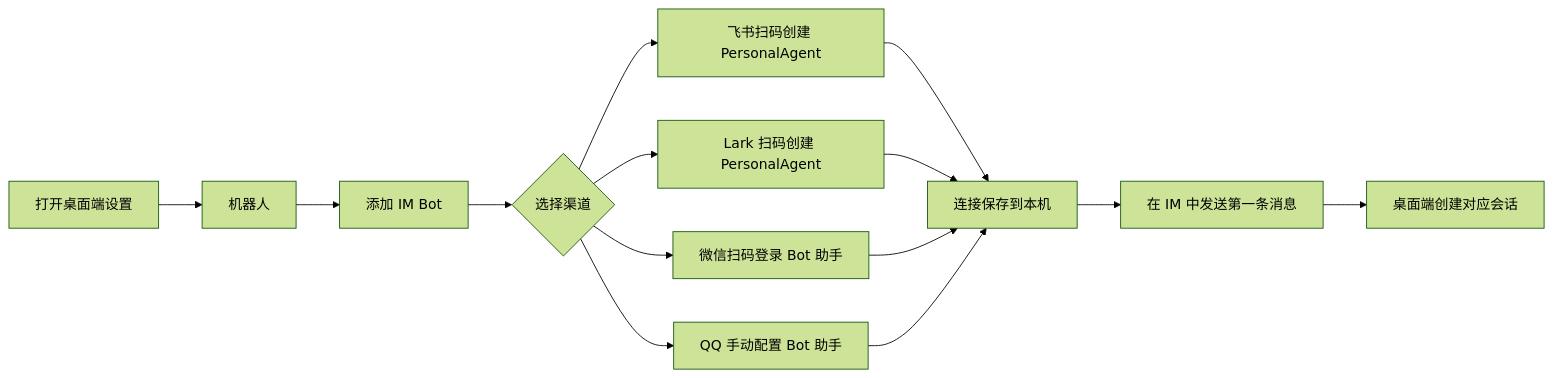
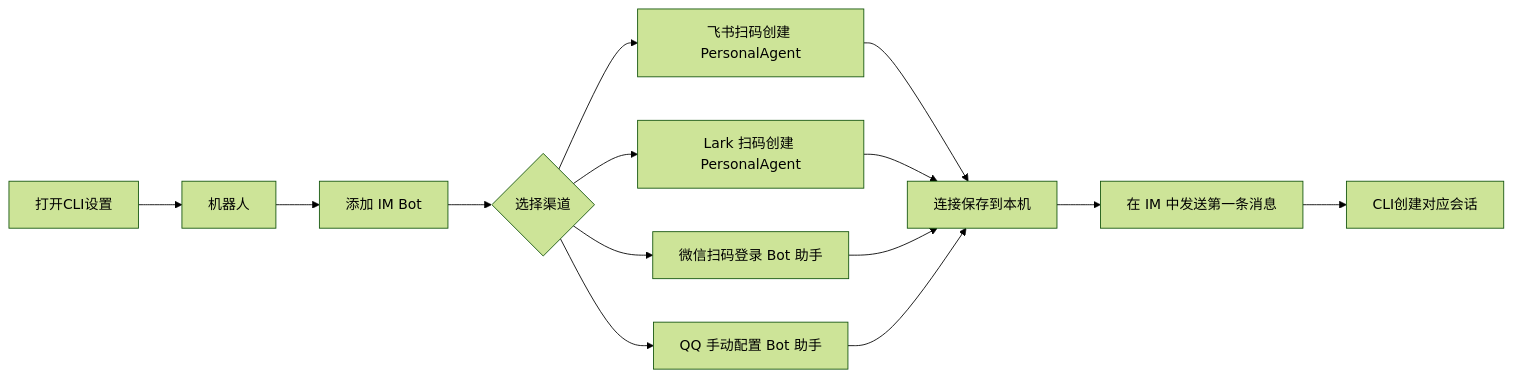
Before and after one commit to zylzyqzz/Vcode: the first of 3 diagrams in docs/BOT_GUIDE.zh-CN.md, drawn with Mermaid (forest theme). The commit also changed other lines of this file and 598 other files, not shown here.

````diff
--- a/docs/BOT_GUIDE.zh-CN.md
+++ b/docs/BOT_GUIDE.zh-CN.md
@@ -62,16 +62,16 @@
 ```mermaid
 flowchart LR
-  A["打开桌面端设置"] --> B["机器人"]
+  A["打开CLI设置"] --> B["机器人"]
   B --> C["添加 IM Bot"]
   C --> D{"选择渠道"}
   D --> E["飞书扫码创建 PersonalAgent"]
   D --> F["Lark 扫码创建 PersonalAgent"]
   D --> G["微信扫码登录 Bot 助手"]
   D --> H["QQ 手动配置 Bot 助手"]
   E --> I["连接保存到本机"]
   F --> I
   G --> I
   H --> I
   I --> J["在 IM 中发送第一条消息"]
-  J --> K["桌面端创建对应会话"]
+  J --> K["CLI创建对应会话"]
 ```
````
